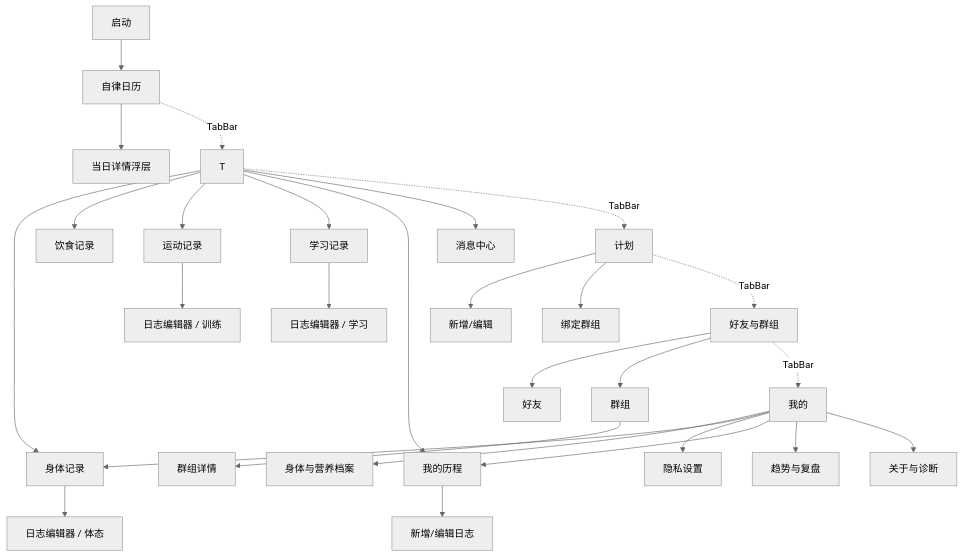
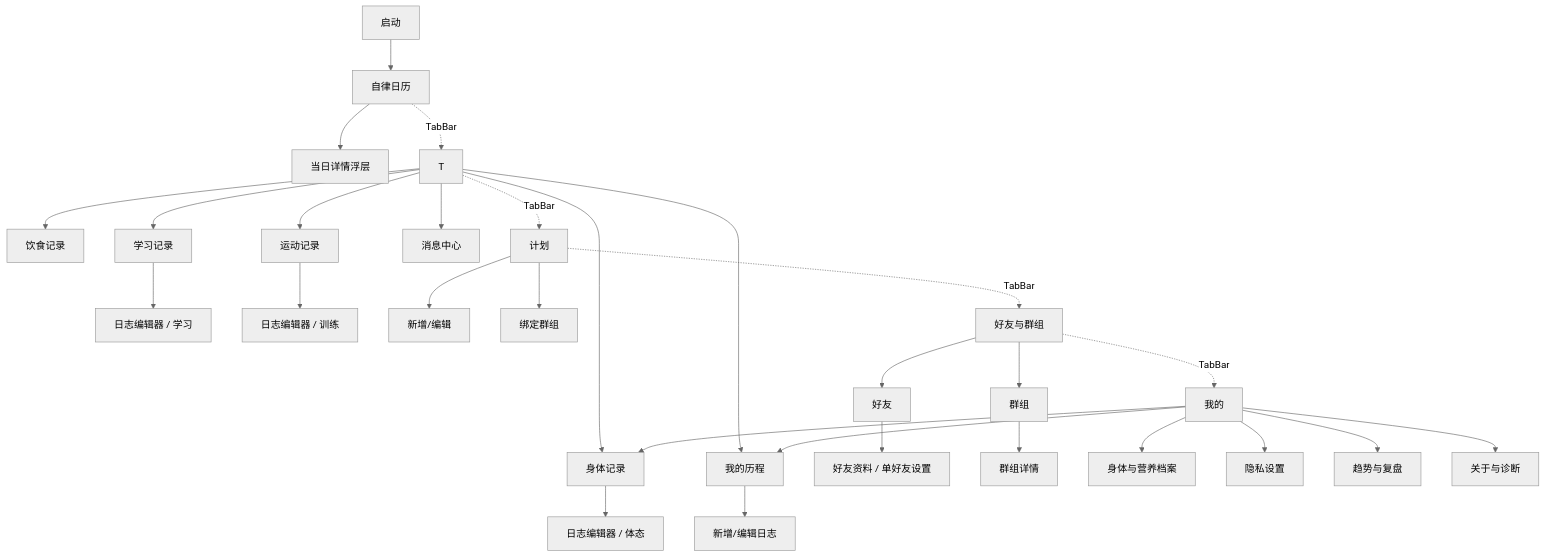
Before and after one commit to duohekaishui1127/zilv: the diagram in docs/NAVIGATION.md, drawn with Mermaid (neutral theme). The commit also changed other lines of this file and 53 other files, not shown here.

````diff
--- a/docs/NAVIGATION.md
+++ b/docs/NAVIGATION.md
@@ -3,35 +3,36 @@
 ```mermaid
 flowchart TD
     A[启动] --> CA[自律日历]
     CA --> CD[当日详情浮层]
     T --> B[身体记录]
     T --> F[饮食记录]
     T --> W[运动记录]
     T --> S[学习记录]
     T --> N[我的历程]
     T --> NT[消息中心]
 
     B --> NE[日志编辑器 / 体态]
     S --> NE2[日志编辑器 / 学习]
     W --> NE3[日志编辑器 / 训练]
     N --> NE4[新增/编辑日志]
 
     P[计划] --> PE[新增/编辑]
     P --> PB[绑定群组]
 
     C[好友与群组] --> CF[好友]
+    CF --> CFD[好友资料 / 单好友设置]
     C --> CG[群组]
     CG --> GD[群组详情]
 
     M[我的] --> MP[身体与营养档案]
     M --> B
     M --> PR[隐私设置]
     M --> N
     M --> WR[趋势与复盘]
     M --> AB[关于与诊断]
 
     CA -.TabBar.-> T
     T -.TabBar.-> P
     P -.TabBar.-> C
     C -.TabBar.-> M
 ```
````
